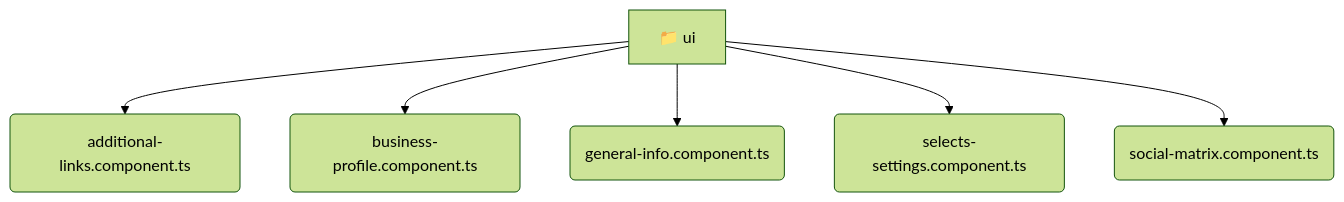
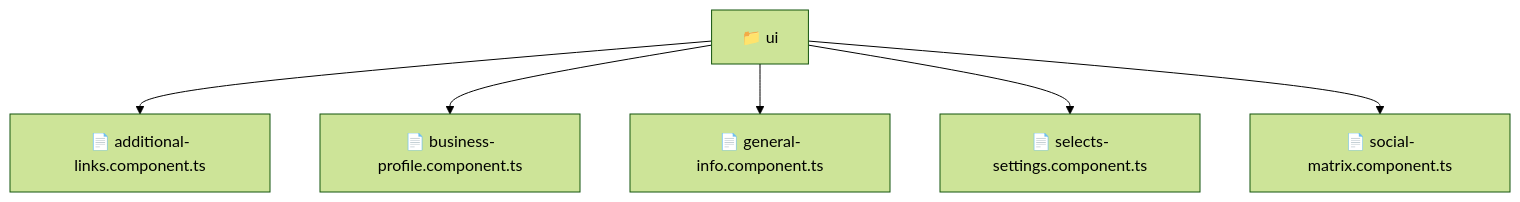
One commit to beginwebdev2002/fullstack-mavluda changed the diagram in frontend/src/pages/settings/ui/README.md. Above: the diagram before and after it, drawn with Mermaid (forest theme). The commit also changed other lines of this file and 163 other files, not shown here.

````diff
--- a/frontend/src/pages/settings/ui/README.md
+++ b/frontend/src/pages/settings/ui/README.md
@@ -11,9 +10,9 @@
 ```mermaid
 graph TD
-  ui[📁 ui]
-  ui --> ui_additional_links_component_ts(additional-links.component.ts)
-  ui --> ui_business_profile_component_ts(business-profile.component.ts)
-  ui --> ui_general_info_component_ts(general-info.component.ts)
-  ui --> ui_selects_settings_component_ts(selects-settings.component.ts)
-  ui --> ui_social_matrix_component_ts(social-matrix.component.ts)
+  Root["📁 ui"]
+  Root --> additionallinkscomponentts["📄 additional-links.component.ts"]
+  Root --> businessprofilecomponentts["📄 business-profile.component.ts"]
+  Root --> generalinfocomponentts["📄 general-info.component.ts"]
+  Root --> selectssettingscomponentts["📄 selects-settings.component.ts"]
+  Root --> socialmatrixcomponentts["📄 social-matrix.component.ts"]
 ```
````
